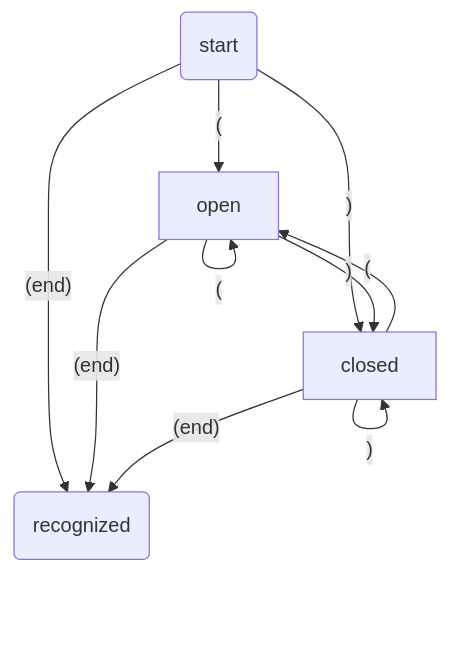
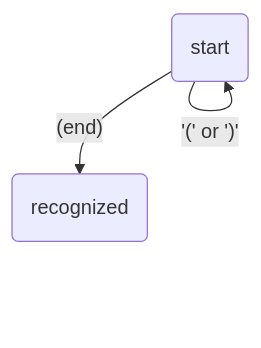
The second of 2 diagrams in _posts/2019-02-09-recursive-regular-expressions-nondeterminism.md (raganwald/raganwald.github.com), drawn with Mermaid before and after one commit.

Commit message:
alternate simple

```diff
--- a/_posts/2019-02-09-recursive-regular-expressions-nondeterminism.md
+++ b/_posts/2019-02-09-recursive-regular-expressions-nondeterminism.md
@@ -58,12 +58,5 @@
 <div class="mermaid">
   graph TD
-    start(start)-->|"("|open
-    start-->|")"|closed
-    start-->|"(end)"|recognized(recognized)
-    open-->|"("|open
-    open-->|")"|closed
-    open-->|"(end)"|recognized(recognized)
-    closed-->|"("|open
-    closed-->|")"|closed
-    closed-->|"(end)"|recognized(recognized)
+    start(start)-->|"'(' or ')'"|start
+    start-->|"(end)"|recognized(recognized);
 </div>
```
